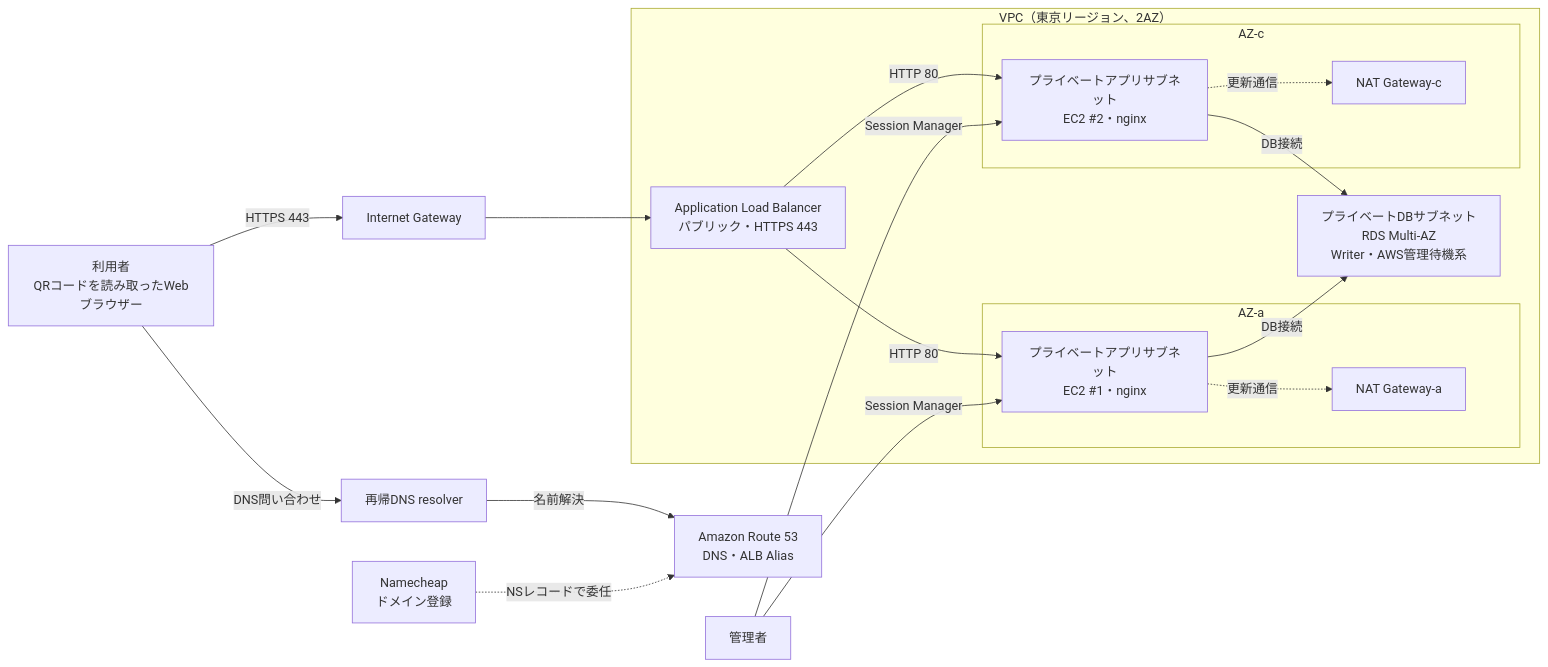
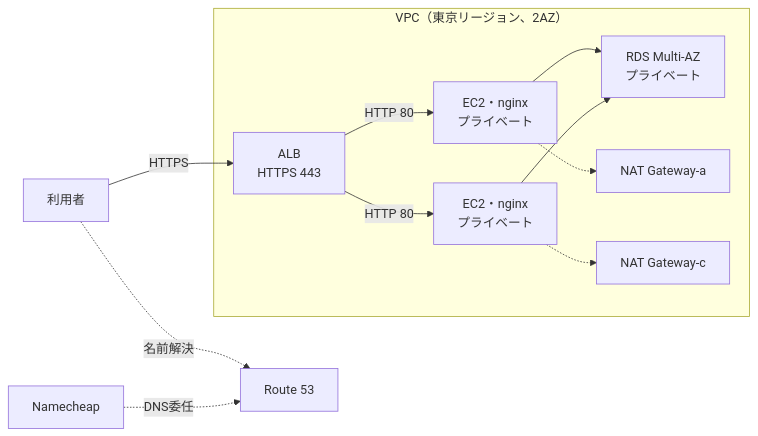
One commit to 25yc0102-png/sotsugyo-project changed the diagram in インフラ基本設計.md. Above: the diagram before and after it, drawn with Mermaid. The commit also changed other lines of this file, not shown here.

````diff
--- a/インフラ基本設計.md
+++ b/インフラ基本設計.md
@@ -39,40 +18,25 @@
 ```mermaid
 flowchart LR
-    user["利用者<br/>QRコードを読み取ったWebブラウザー"]
-    resolver["再帰DNS resolver"]
-    registrar["Namecheap<br/>ドメイン登録"]
-    route53["Amazon Route 53<br/>DNS・ALB Alias"]
-    igw["Internet Gateway"]
-
-    user -->|DNS問い合わせ| resolver
-    resolver -->|名前解決| route53
-    registrar -.->|NSレコードで委任| route53
-    user -->|HTTPS 443| igw
+    user["利用者"]
+    dns["Route 53"]
+    registrar["Namecheap"]
+    alb["ALB<br/>HTTPS 443"]
 
     subgraph vpc["VPC（東京リージョン、2AZ）"]
-        alb["Application Load Balancer<br/>パブリック・HTTPS 443"]
-
-        subgraph az_a["AZ-a"]
-            nat_a["NAT Gateway-a"]
-            ec2_a["プライベートアプリサブネット<br/>EC2 #1・nginx"]
-        end
-
-        subgraph az_c["AZ-c"]
-            nat_c["NAT Gateway-c"]
-            ec2_c["プライベートアプリサブネット<br/>EC2 #2・nginx"]
-        end
-
-        rds["プライベートDBサブネット<br/>RDS Multi-AZ<br/>Writer・AWS管理待機系"]
-
-        alb -->|HTTP 80| ec2_a
-        alb -->|HTTP 80| ec2_c
-        ec2_a -->|DB接続| rds
-        ec2_c -->|DB接続| rds
-        ec2_a -.->|更新通信| nat_a
-        ec2_c -.->|更新通信| nat_c
+        ec2a["EC2・nginx<br/>プライベート"]
+        ec2c["EC2・nginx<br/>プライベート"]
+        rds["RDS Multi-AZ<br/>プライベート"]
+        nat_a["NAT Gateway-a"]
+        nat_c["NAT Gateway-c"]
+        alb -->|HTTP 80| ec2a
+        alb -->|HTTP 80| ec2c
+        ec2a --> rds
+        ec2c --> rds
+        ec2a -.-> nat_a
+        ec2c -.-> nat_c
     end
 
-    igw --> alb
-    admin["管理者"] -->|Session Manager| ec2_a
-    admin -->|Session Manager| ec2_c
+    user -->|HTTPS| alb
+    user -.->|名前解決| dns
+    registrar -.->|DNS委任| dns
 ```
````
